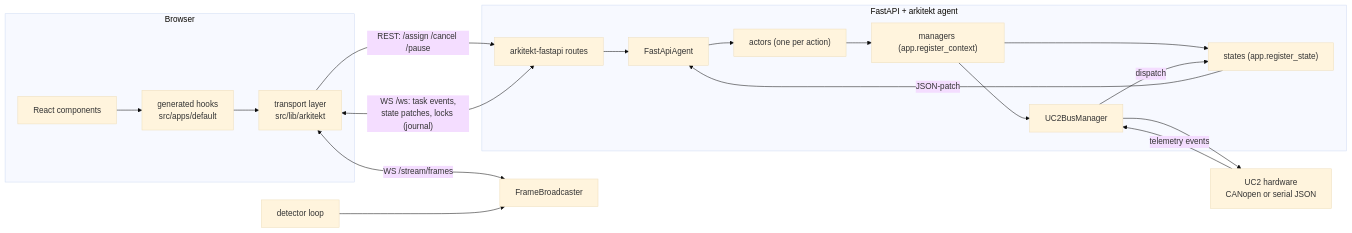
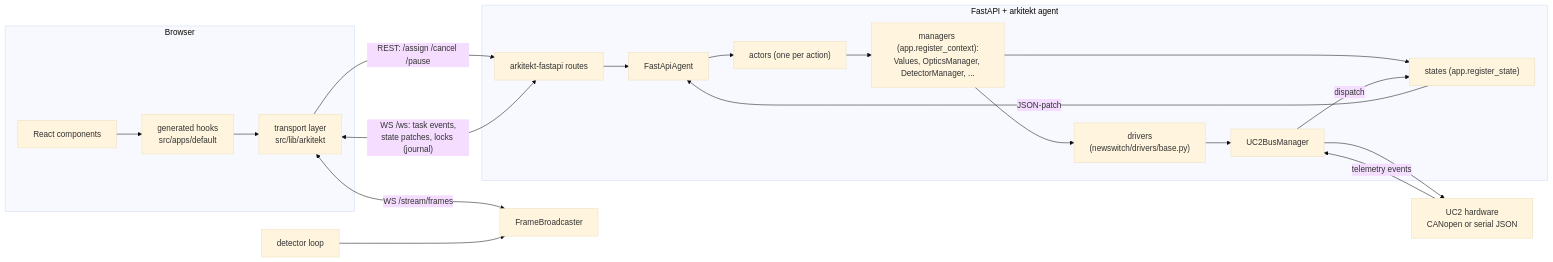
The first of 2 diagrams in docs/ARCHITECTURE.md (openUC2/newswitch), drawn with Mermaid (base theme) before and after one commit. The commit also changed other lines of this file and 2 other files, not shown here.

````diff
--- a/docs/ARCHITECTURE.md
+++ b/docs/ARCHITECTURE.md
@@ -45,21 +44,22 @@
 ```mermaid
 flowchart LR
     subgraph Browser
         UI[React components] --> Hooks[generated hooks<br/>src/apps/default]
         Hooks --> TP[transport layer<br/>src/lib/arkitekt]
     end
     TP -- "REST: /assign /cancel /pause" --> API
     TP <-- "WS /ws: task events,<br/>state patches, locks (journal)" --> API
     TP <-- "WS /stream/frames" --> ENC[FrameBroadcaster]
     subgraph Backend[FastAPI + arkitekt agent]
         API[arkitekt-fastapi routes] --> AG[FastApiAgent]
         AG --> ACT["actors (one per action)"]
-        ACT --> MGR["managers (app.register_context)"]
+        ACT --> MGR["managers (app.register_context):<br/>Values, OpticsManager, DetectorManager, ..."]
         MGR --> ST["states (app.register_state)"]
         ST -- JSON-patch --> AG
-        MGR --> BUS[UC2BusManager]
+        MGR --> DRV["drivers<br/>(newswitch/drivers/base.py)"]
+        DRV --> BUS[UC2BusManager]
     end
     BUS --> HW[UC2 hardware<br/>CANopen or serial JSON]
     HW -- telemetry events --> BUS -- dispatch --> ST
     DET[detector loop] --> ENC
 ```
````
